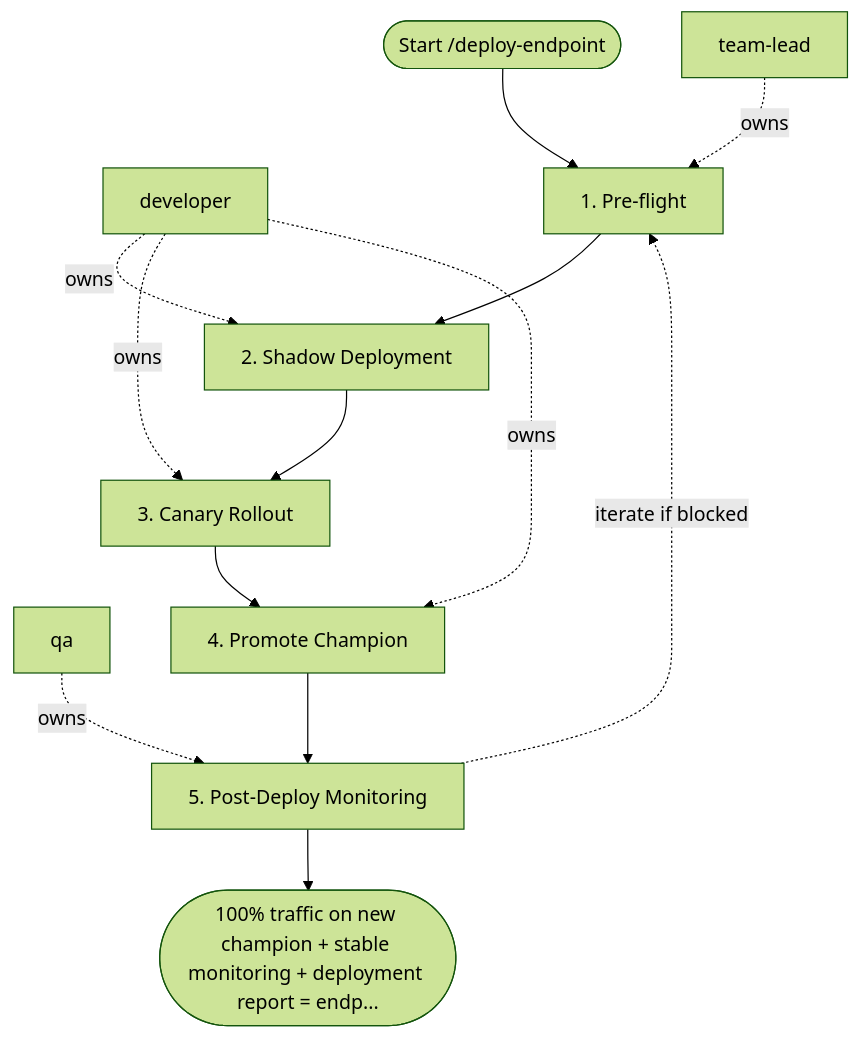
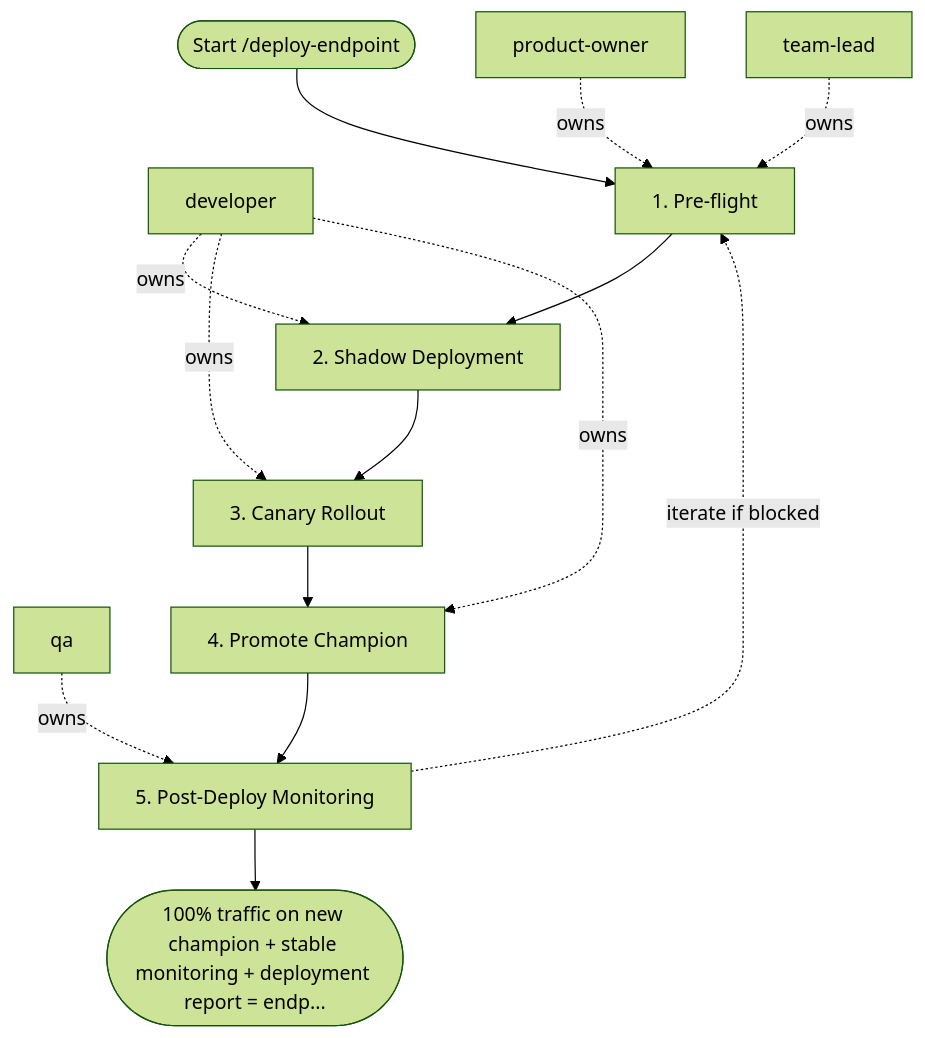
Before and after one commit to sawrus/agent-guides: the diagram in areas/software/mlops/workflows/deploy-endpoint.md, drawn with Mermaid (forest theme). The commit also changed other lines of this file and 76 other files, not shown here.

Commit message:
Standardize workflow product owner initiation

````diff
--- a/areas/software/mlops/workflows/deploy-endpoint.md
+++ b/areas/software/mlops/workflows/deploy-endpoint.md
@@ -69,25 +69,27 @@
 ```mermaid
 flowchart TD
   start(["Start /deploy-endpoint"])
-  role_1["team-lead"]
-  role_2["developer"]
-  role_3["qa"]
+  role_1["product-owner"]
+  role_2["team-lead"]
+  role_3["developer"]
+  role_4["qa"]
   step_1["1. Pre-flight"]
   step_2["2. Shadow Deployment"]
   step_3["3. Canary Rollout"]
   step_4["4. Promote Champion"]
   step_5["5. Post-Deploy Monitoring"]
   exit(["100% traffic on new champion + stable monitoring + deployment report = endp..."])
   start --> step_1
   step_1 --> step_2
   step_2 --> step_3
   step_3 --> step_4
   step_4 --> step_5
   step_5 --> exit
   role_1 -. owns .-> step_1
-  role_2 -. owns .-> step_2
-  role_2 -. owns .-> step_3
-  role_2 -. owns .-> step_4
-  role_3 -. owns .-> step_5
+  role_2 -. owns .-> step_1
+  role_3 -. owns .-> step_2
+  role_3 -. owns .-> step_3
+  role_3 -. owns .-> step_4
+  role_4 -. owns .-> step_5
   step_5 -. iterate if blocked .-> step_1
 ```
````
